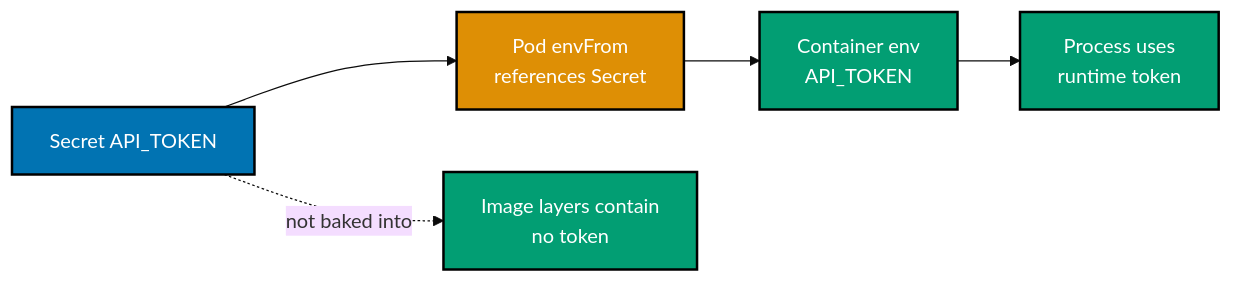
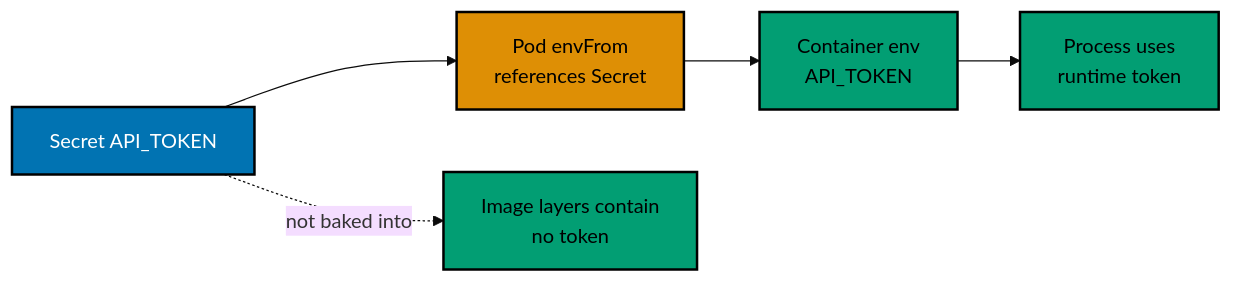
Diagram 12 of 17 in apps/ayokoding-www/content/en/learn/courses/containers-and-orchestration/learning/intermediate.md (wahidyankf/ose-public), drawn with Mermaid (base theme) before and after one commit. The commit also changed other lines of this file and 144 other files, not shown here.

First line of the commit message:
fix(mermaid): bring the first half of the courses diagrams onto the accessible palette

````diff
--- a/apps/ayokoding-www/content/en/learn/courses/containers-and-orchestration/learning/intermediate.md
+++ b/apps/ayokoding-www/content/en/learn/courses/containers-and-orchestration/learning/intermediate.md
@@ -861,14 +894,17 @@
 ```mermaid
 %% Color Palette: Blue #0173B2, Orange #DE8F05, Teal #029E73; color-blind friendly WCAG AA palette
 graph LR
+    accTitle: Example 47: Secret injection
+    accDescr: Graph with 5 nodes and 3 connections. Nodes: Secret API_TOKEN, Pod envFrom references Secret, Container env API_TOKEN, Process uses runtime token, Image layers contain no token. Connections: Secret API_TOKEN to Pod envFrom references Secret, Pod envFrom references Secret to Container env API_TOKEN, Container env API_TOKEN to Process uses runtime token.
     S["Secret API_TOKEN"]:::blue
     REF["Pod envFrom<br/>references Secret"]:::orange
     ENV["Container env<br/>API_TOKEN"]:::teal
     P["Process uses<br/>runtime token"]:::teal
     I["Image layers contain<br/>no token"]:::teal
     S --> REF --> ENV --> P
     S -. "not baked into" .-> I
     classDef blue fill:#0173B2,stroke:#000000,color:#FFFFFF,stroke-width:2px
-    classDef teal fill:#029E73,stroke:#000000,color:#FFFFFF,stroke-width:2px
-    classDef orange fill:#DE8F05,stroke:#000000,color:#FFFFFF,stroke-width:2px
+    classDef teal fill:#029E73,stroke:#000000,color:#000000,stroke-width:2px
+    classDef orange fill:#DE8F05,stroke:#000000,color:#000000,stroke-width:2px
+    classDef default fill:#FFFFFF,stroke:#000000,color:#000000
 ```
````
